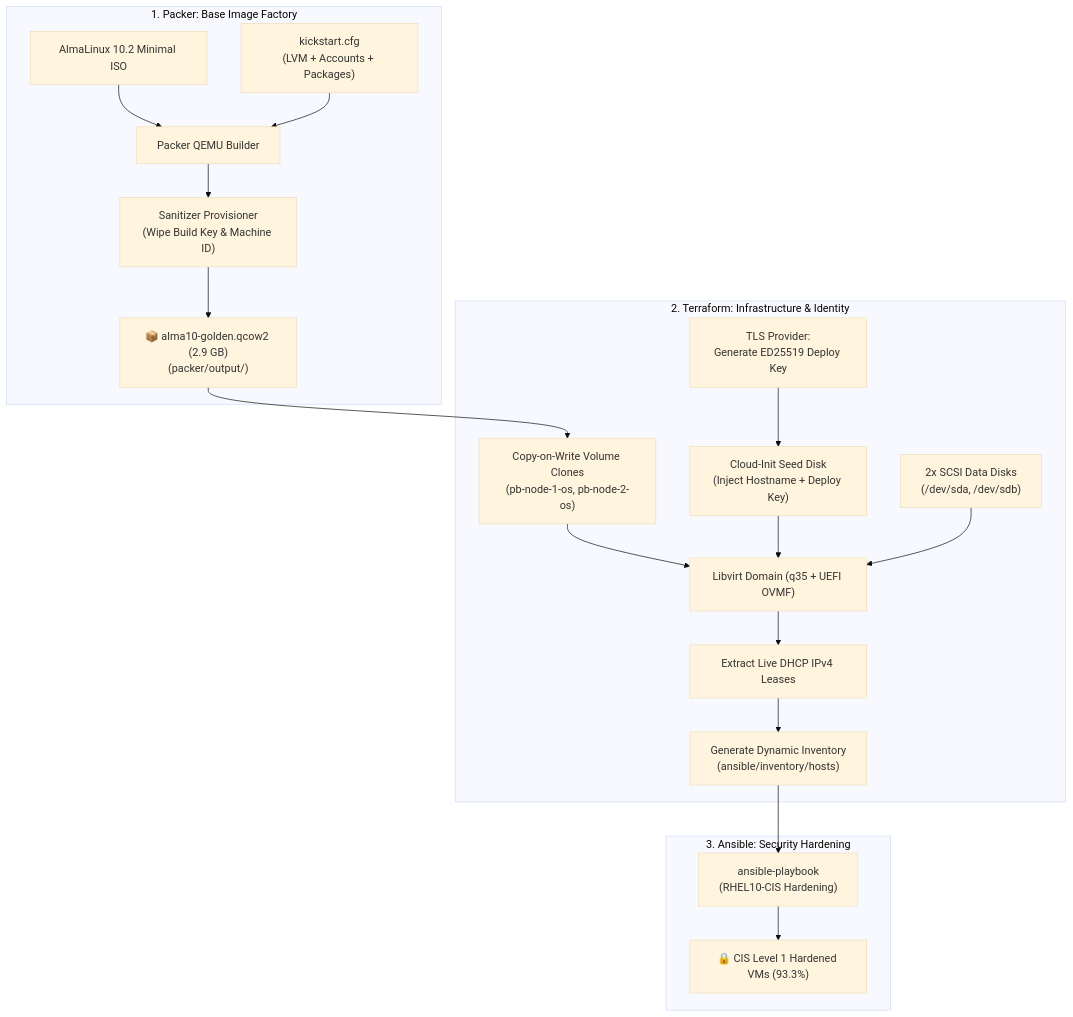
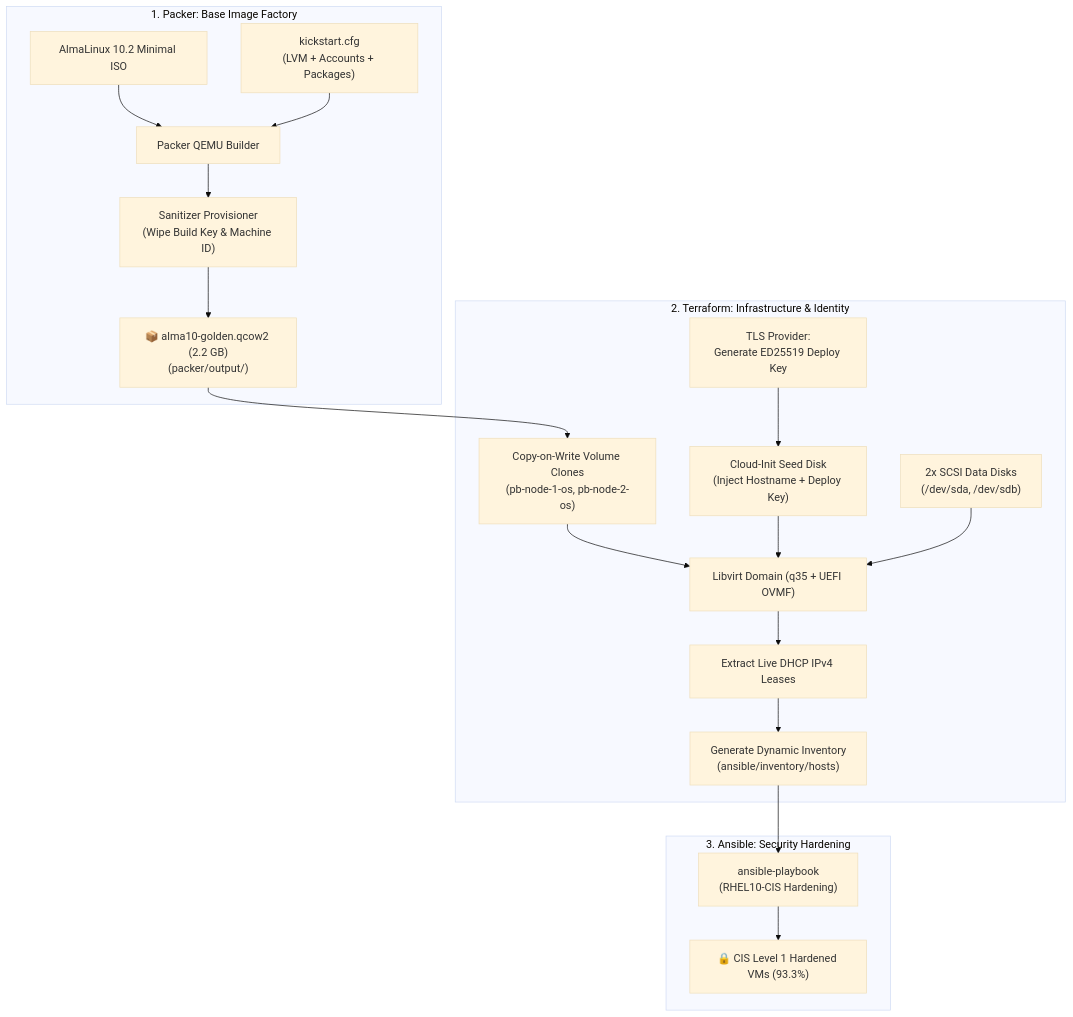
The diagram in docs/PACKER_TERRAFORM_PRESENTATION_DEFENSE_GUIDE.md (sylthecatto/devops-pair-b), drawn with Mermaid (base theme) before and after one commit.

Commit message:
added docs reference

````diff
--- a/docs/PACKER_TERRAFORM_PRESENTATION_DEFENSE_GUIDE.md
+++ b/docs/PACKER_TERRAFORM_PRESENTATION_DEFENSE_GUIDE.md
@@ -30,24 +30,24 @@
 ```mermaid
 flowchart TD
     subgraph Layer1 ["1. Packer: Base Image Factory"]
         ISO["AlmaLinux 10.2 Minimal ISO"] --> QEMU["Packer QEMU Builder"]
         KS["kickstart.cfg\n(LVM + Accounts + Packages)"] --> QEMU
         QEMU --> Clean["Sanitizer Provisioner\n(Wipe Build Key & Machine ID)"]
-        Clean --> GoldenImg["📦 alma10-golden.qcow2 (2.9 GB)\n(packer/output/)"]
+        Clean --> GoldenImg["📦 alma10-golden.qcow2 (2.2 GB)\n(packer/output/)"]
     end
 
     subgraph Layer2 ["2. Terraform: Infrastructure & Identity"]
         GoldenImg --> COW["Copy-on-Write Volume Clones\n(pb-node-1-os, pb-node-2-os)"]
         KeyGen["TLS Provider:\nGenerate ED25519 Deploy Key"] --> SeedISO["Cloud-Init Seed Disk\n(Inject Hostname + Deploy Key)"]
         COW --> Domain["Libvirt Domain (q35 + UEFI OVMF)"]
         SeedISO --> Domain
         SCSI["2x SCSI Data Disks\n(/dev/sda, /dev/sdb)"] --> Domain
         Domain --> Lease["Extract Live DHCP IPv4 Leases"]
         Lease --> InvGen["Generate Dynamic Inventory\n(ansible/inventory/hosts)"]
     end
 
     subgraph Layer3 ["3. Ansible: Security Hardening"]
         InvGen --> AnsiblePlay["ansible-playbook\n(RHEL10-CIS Hardening)"]
         AnsiblePlay --> VerifiedVM["🔒 CIS Level 1 Hardened VMs (93.3%)"]
     end
 ```
````
